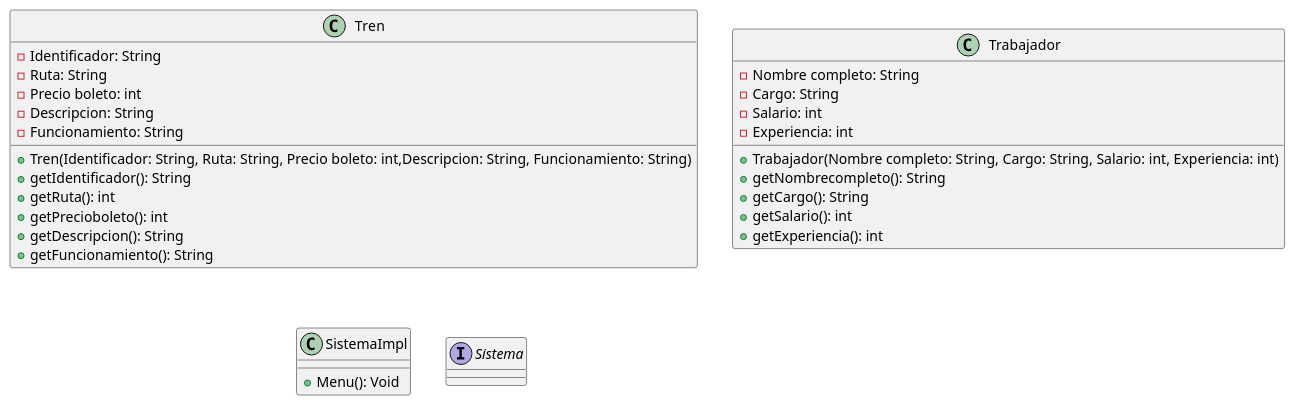
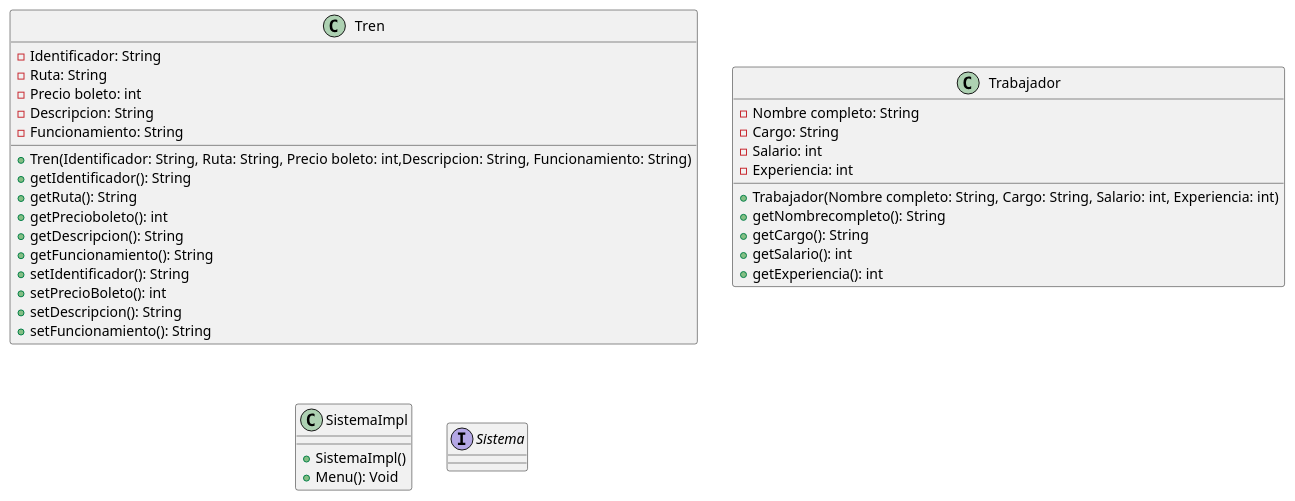
One commit to vidente130/Taller-N-2 changed the diagram in src/Taller N2.puml. Above: the diagram before and after it, drawn with PlantUML. The commit also changed 2 other files, not shown here.

```diff
--- a/src/Taller N2.puml
+++ b/src/Taller N2.puml
@@ -1,37 +1,44 @@
 @startuml
 class Tren{
 
 - Identificador: String
 - Ruta: String
 - Precio boleto: int
 - Descripcion: String
 - Funcionamiento: String
 + Tren(Identificador: String, Ruta: String, Precio boleto: int,Descripcion: String, Funcionamiento: String)
 + getIdentificador(): String
-+ getRuta(): int
++ getRuta(): String
 + getPrecioboleto(): int
 + getDescripcion(): String
 + getFuncionamiento(): String
++ setIdentificador(): String
++ setPrecioBoleto(): int
++ setDescripcion(): String
++ setFuncionamiento(): String
 }
 
 class Trabajador{
 
 - Nombre completo: String
 - Cargo: String
 - Salario: int
 - Experiencia: int
 + Trabajador(Nombre completo: String, Cargo: String, Salario: int, Experiencia: int)
 + getNombrecompleto(): String
 + getCargo(): String
 + getSalario(): int
 + getExperiencia(): int
 
 }
 class SistemaImpl{
+
++SistemaImpl()
 + Menu(): Void
 }
 
 interface Sistema{
+
 }
 
 @enduml
```
